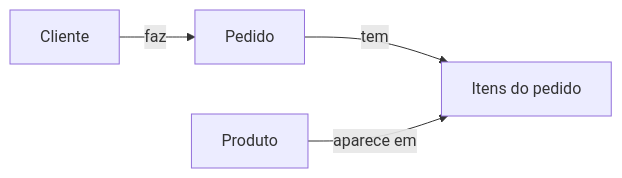
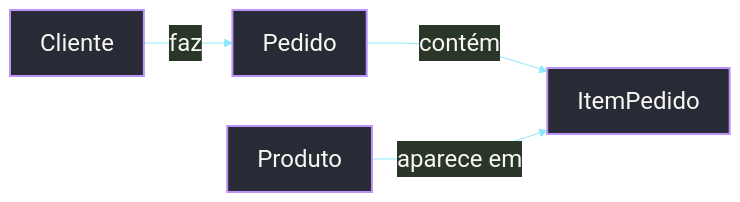
One commit to rodbv/orms-erros-comuns changed the diagram in slides/slides.md. Above: the diagram before and after it, drawn with Mermaid. The commit also changed other lines of this file and 2 other files, not shown here.

````diff
--- a/slides/slides.md
+++ b/slides/slides.md
@@ -84,11 +88,15 @@
 ```mermaid
+%%{init: {"theme": "base", "themeVariables": {"background": "transparent", "fontSize": "24px", "lineColor": "#8be9fd", "primaryColor": "#282a36", "primaryBorderColor": "#bd93f9", "primaryTextColor": "#f8f8f2"}}}%%
 flowchart LR
   cliente[Cliente]
   pedido[Pedido]
-  itens[Itens do pedido]
+  item[ItemPedido]
   produto[Produto]
 
   cliente -->|faz| pedido
-  pedido -->|tem| itens
-  produto -->|aparece em| itens
+  pedido -->|contém| item
+  produto -->|aparece em| item
+
+  classDef entidade fill:#282a36,stroke:#bd93f9,stroke-width:2px,color:#f8f8f2;
+  class cliente,pedido,item,produto entidade;
 ```
````
